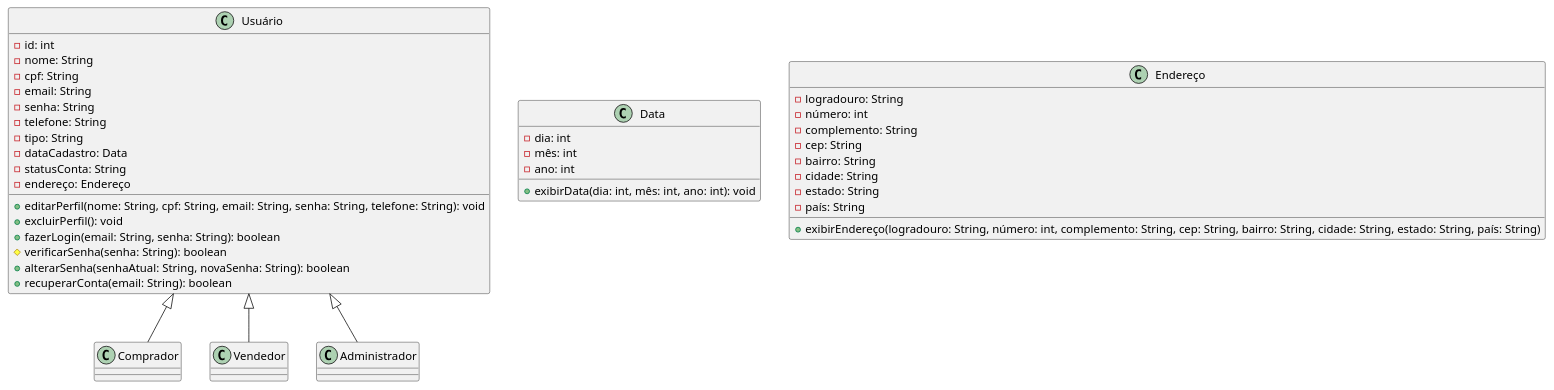
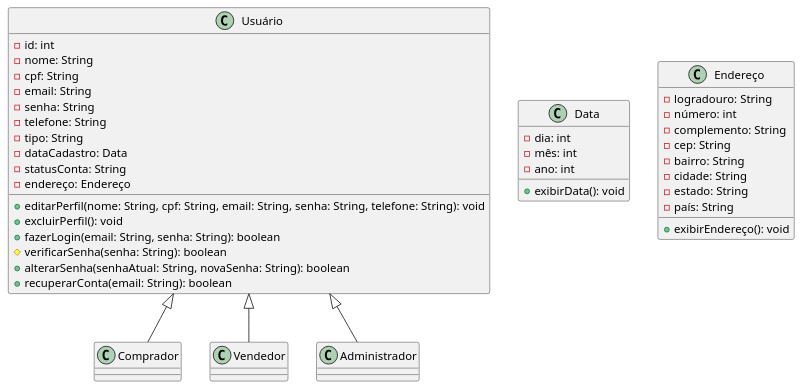
The diagram in classes.md (guilhermeoliveirateo/sistema-compra-venda-veiculos), drawn with PlantUML before and after one commit.

````diff
--- a/classes.md
+++ b/classes.md
@@ -9,63 +9,63 @@
 ``` plantuml
 @startuml 
 
 class Usuário {
 -id: int
 -nome: String
 -cpf: String
 -email: String
 -senha: String
 -telefone: String
 -tipo: String
 -dataCadastro: Data
 -statusConta: String
 -endereço: Endereço
 
 +editarPerfil(nome: String, cpf: String, email: String, senha: String, telefone: String): void
 +excluirPerfil(): void
 +fazerLogin(email: String, senha: String): boolean
 #verificarSenha(senha: String): boolean
 +alterarSenha(senhaAtual: String, novaSenha: String): boolean
 +recuperarConta(email: String): boolean
 
 }
 
 class Comprador {
 
 }
 
 class Vendedor {
 
 }
 
 class Administrador {
 
 }
 
 Usuário <|-- Comprador
 Usuário <|-- Vendedor
 Usuário <|-- Administrador
 
 class Data {
 -dia: int
 -mês: int
 -ano: int
 
-+exibirData(dia: int, mês: int, ano: int): void
++exibirData(): void
 }
 
 class Endereço {
 -logradouro: String
 -número: int
 -complemento: String
 -cep: String
 -bairro: String
 -cidade: String
 -estado: String
 -país: String
 
-+exibirEndereço(logradouro: String, número: int, complemento: String, cep: String, bairro: String, cidade: String, estado: String, país: String)
++exibirEndereço(): void
 }
  
 @enduml
 ```
````
